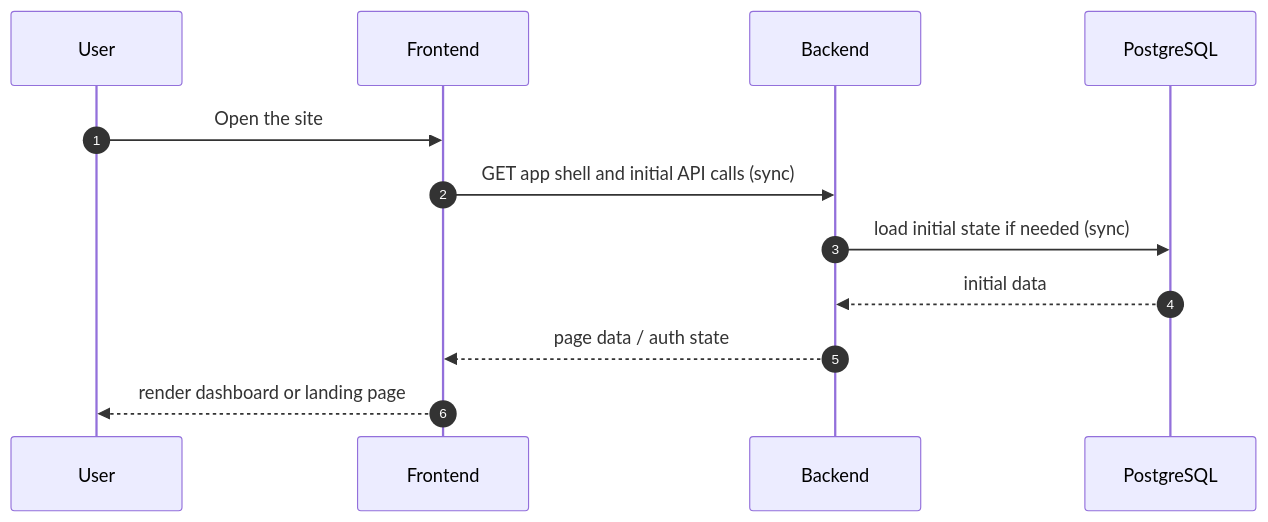
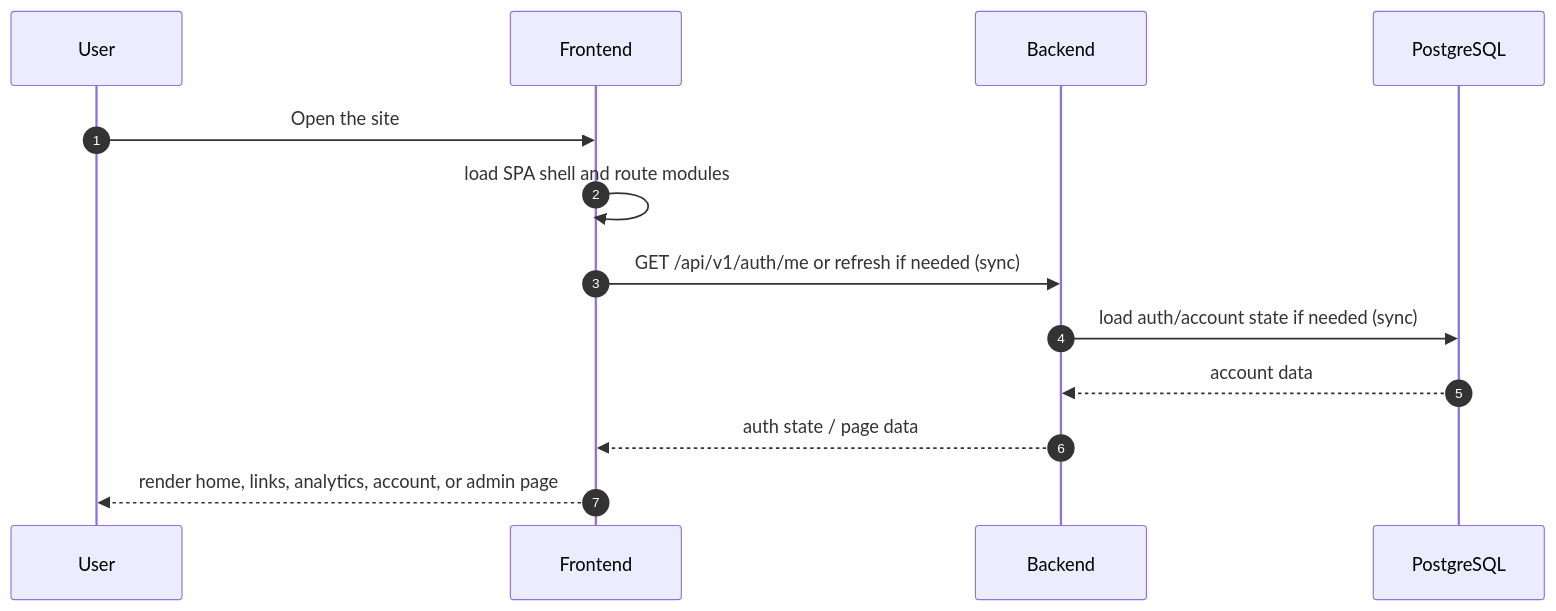
Before and after one commit to leoyakubov/weblink-pilot: the second of 7 diagrams in docs/design/app-communication.md, drawn with Mermaid. The commit also changed other lines of this file and 31 other files, not shown here.

````diff
--- a/docs/design/app-communication.md
+++ b/docs/design/app-communication.md
@@ -54,15 +56,16 @@
 ```mermaid
 sequenceDiagram
   autonumber
   participant U as User
   participant F as Frontend
   participant B as Backend
   participant DB as PostgreSQL
 
   U->>F: Open the site
-  F->>B: GET app shell and initial API calls (sync)
-  B->>DB: load initial state if needed (sync)
-  DB-->>B: initial data
-  B-->>F: page data / auth state
-  F-->>U: render dashboard or landing page
+  F->>F: load SPA shell and route modules
+  F->>B: GET /api/v1/auth/me or refresh if needed (sync)
+  B->>DB: load auth/account state if needed (sync)
+  DB-->>B: account data
+  B-->>F: auth state / page data
+  F-->>U: render home, links, analytics, account, or admin page
 ```
````
